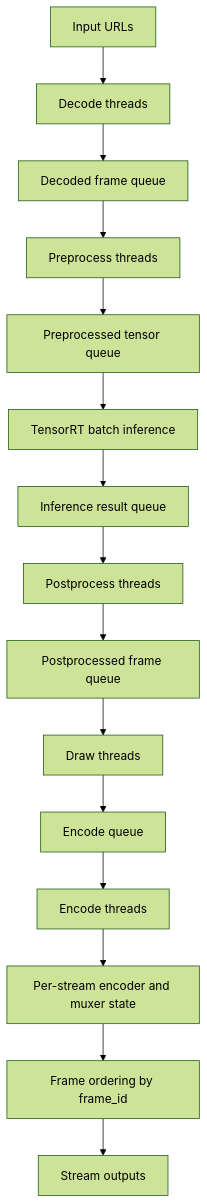
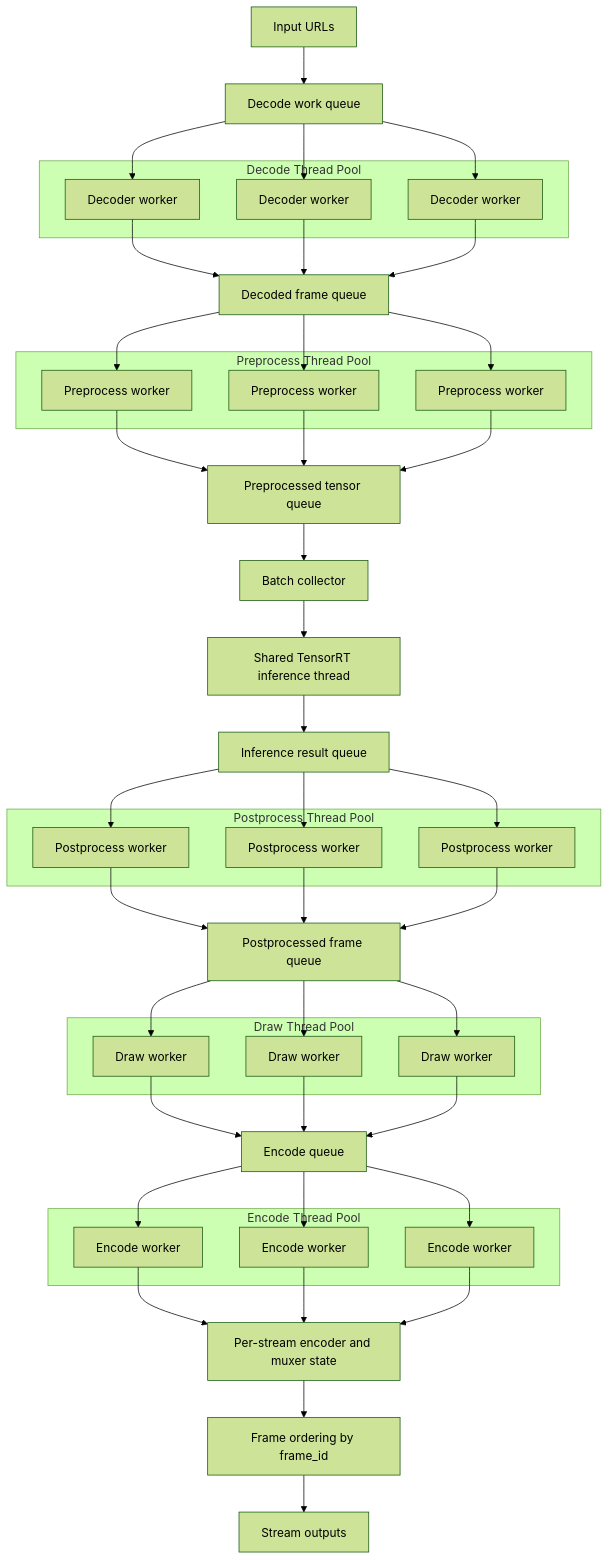
One commit to zraisan/argus changed the first of 7 diagrams in README.md. Above: the diagram before and after it, drawn with Mermaid (forest theme). The commit also changed other lines of this file and 12 other files, not shown here.

````diff
--- a/README.md
+++ b/README.md
@@ -47,17 +67,75 @@
 ```mermaid
 flowchart TD
-    input[Input URLs] --> decode[Decode threads]
-    decode --> decoded_q[Decoded frame queue]
-    decoded_q --> preprocess[Preprocess threads]
-    preprocess --> tensor_q[Preprocessed tensor queue]
-    tensor_q --> infer[TensorRT batch inference]
+    inputs[Input URLs] --> work_q[Decode work queue]
+
+    subgraph decode_pool[Decode Thread Pool]
+      dec1[Decoder worker]
+      dec2[Decoder worker]
+      decn[Decoder worker]
+    end
+
+    work_q --> dec1
+    work_q --> dec2
+    work_q --> decn
+    dec1 --> decoded_q[Decoded frame queue]
+    dec2 --> decoded_q
+    decn --> decoded_q
+
+    subgraph preprocess_pool[Preprocess Thread Pool]
+      pre1[Preprocess worker]
+      pre2[Preprocess worker]
+      pren[Preprocess worker]
+    end
+
+    decoded_q --> pre1
+    decoded_q --> pre2
+    decoded_q --> pren
+    pre1 --> tensor_q[Preprocessed tensor queue]
+    pre2 --> tensor_q
+    pren --> tensor_q
+
+    tensor_q --> batcher[Batch collector]
+    batcher --> infer[Shared TensorRT inference thread]
     infer --> result_q[Inference result queue]
-    result_q --> postprocess[Postprocess threads]
-    postprocess --> post_q[Postprocessed frame queue]
-    post_q --> draw[Draw threads]
-    draw --> encode_q[Encode queue]
-    encode_q --> encode[Encode threads]
-    encode --> state[Per-stream encoder and muxer state]
+
+    subgraph post_pool[Postprocess Thread Pool]
+      post1[Postprocess worker]
+      post2[Postprocess worker]
+      postn[Postprocess worker]
+    end
+
+    result_q --> post1
+    result_q --> post2
+    result_q --> postn
+    post1 --> post_q[Postprocessed frame queue]
+    post2 --> post_q
+    postn --> post_q
+
+    subgraph draw_pool[Draw Thread Pool]
+      draw1[Draw worker]
+      draw2[Draw worker]
+      drawn[Draw worker]
+    end
+
+    post_q --> draw1
+    post_q --> draw2
+    post_q --> drawn
+    draw1 --> encode_q[Encode queue]
+    draw2 --> encode_q
+    drawn --> encode_q
+
+    subgraph encode_pool[Encode Thread Pool]
+      enc1[Encode worker]
+      enc2[Encode worker]
+      encn[Encode worker]
+    end
+
+    encode_q --> enc1
+    encode_q --> enc2
+    encode_q --> encn
+    enc1 --> state[Per-stream encoder and muxer state]
+    enc2 --> state
+    encn --> state
     state --> order[Frame ordering by frame_id]
-    order --> output[Stream outputs]
+    order --> outputs[Stream outputs]
 ```
````
